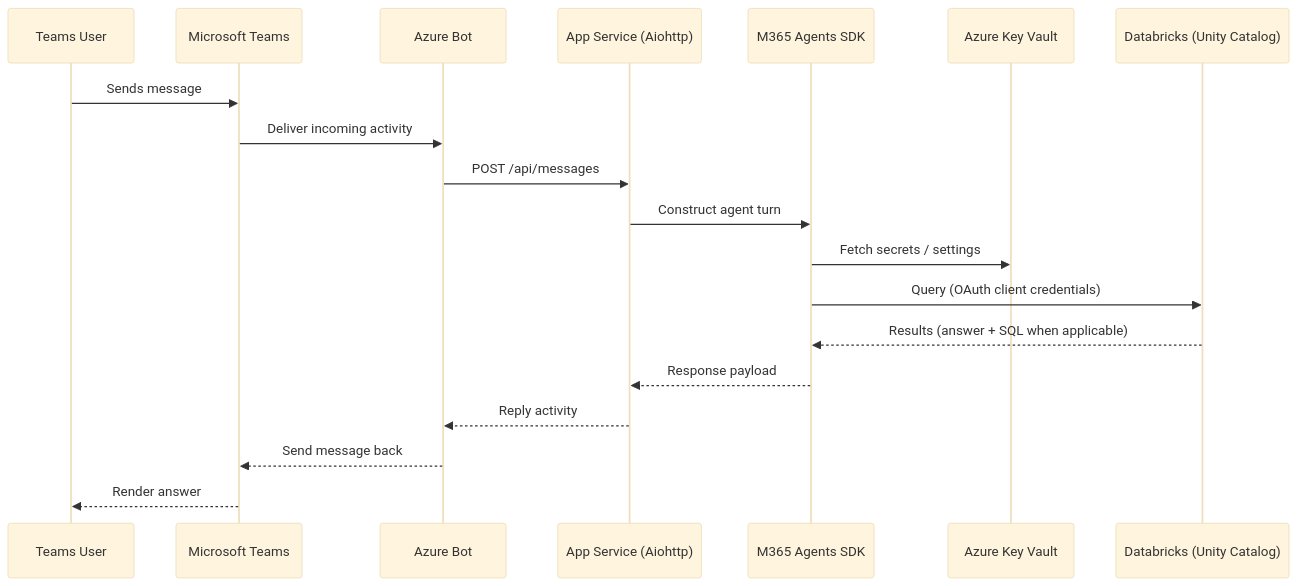
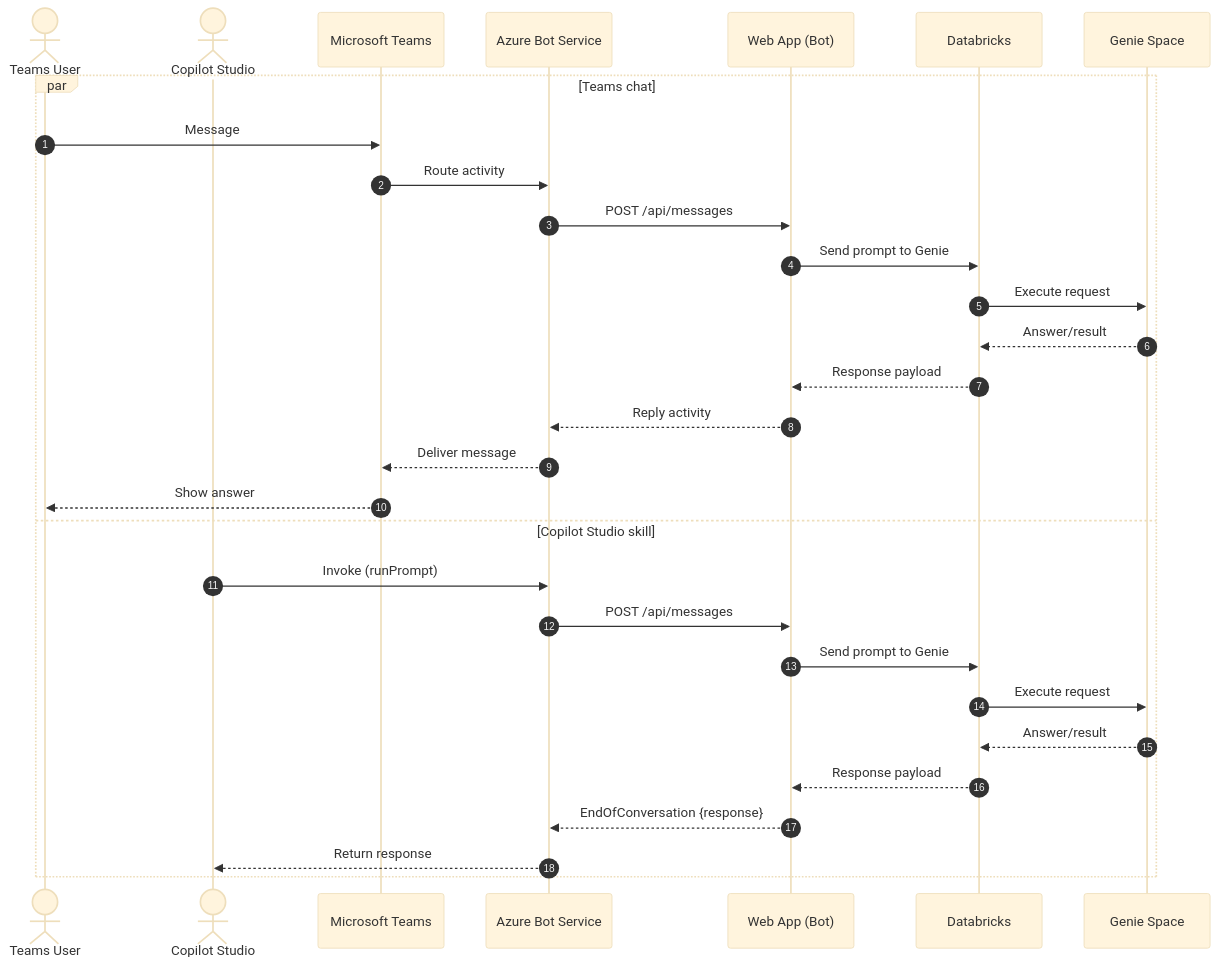
One commit to ArnoldSouza/databricks-genie-teams-copilot-m365 changed the third of 4 diagrams in README.md. Above: the diagram before and after it, drawn with Mermaid (base theme). The commit also changed other lines of this file and 10 other files, not shown here.

````diff
--- a/README.md
+++ b/README.md
@@ -121,24 +217,33 @@
 ```mermaid
 sequenceDiagram
-  participant User as Teams User
-  participant Teams as Microsoft Teams
-  participant Bot as Azure Bot
-  participant App as App Service (Aiohttp)
-  participant SDK as M365 Agents SDK
-  participant KV as Azure Key Vault
-  participant DBX as Databricks (Unity Catalog)
+    autonumber
+    actor U as Teams User
+    actor Parent as Copilot Studio
+    participant Teams as Microsoft Teams
+    participant BotSvc as Azure Bot Service
+    participant WebApp as Web App (Bot)
+    participant DBX as Databricks
+    participant Genie as Genie Space
 
-  User->>Teams: Sends message
-  Teams->>Bot: Deliver incoming activity
-  Bot->>App: POST /api/messages
-  App->>SDK: Construct agent turn
-  SDK->>KV: Fetch secrets / settings
-  SDK->>DBX: Query (OAuth client credentials)
-  DBX-->>SDK: Results (answer + SQL when applicable)
-  SDK-->>App: Response payload
-  App-->>Bot: Reply activity
-  Bot-->>Teams: Send message back
-  Teams-->>User: Render answer
-
-
+    par Teams chat
+        U->>Teams: Message
+        Teams->>BotSvc: Route activity
+        BotSvc->>WebApp: POST /api/messages
+        WebApp->>DBX: Send prompt to Genie
+        DBX->>Genie: Execute request
+        Genie-->>DBX: Answer/result
+        DBX-->>WebApp: Response payload
+        WebApp-->>BotSvc: Reply activity
+        BotSvc-->>Teams: Deliver message
+        Teams-->>U: Show answer
+    and Copilot Studio skill
+        Parent->>BotSvc: Invoke (runPrompt)
+        BotSvc->>WebApp: POST /api/messages
+        WebApp->>DBX: Send prompt to Genie
+        DBX->>Genie: Execute request
+        Genie-->>DBX: Answer/result
+        DBX-->>WebApp: Response payload
+        WebApp-->>BotSvc: EndOfConversation {response}
+        BotSvc-->>Parent: Return response
+    end
 ```
````
